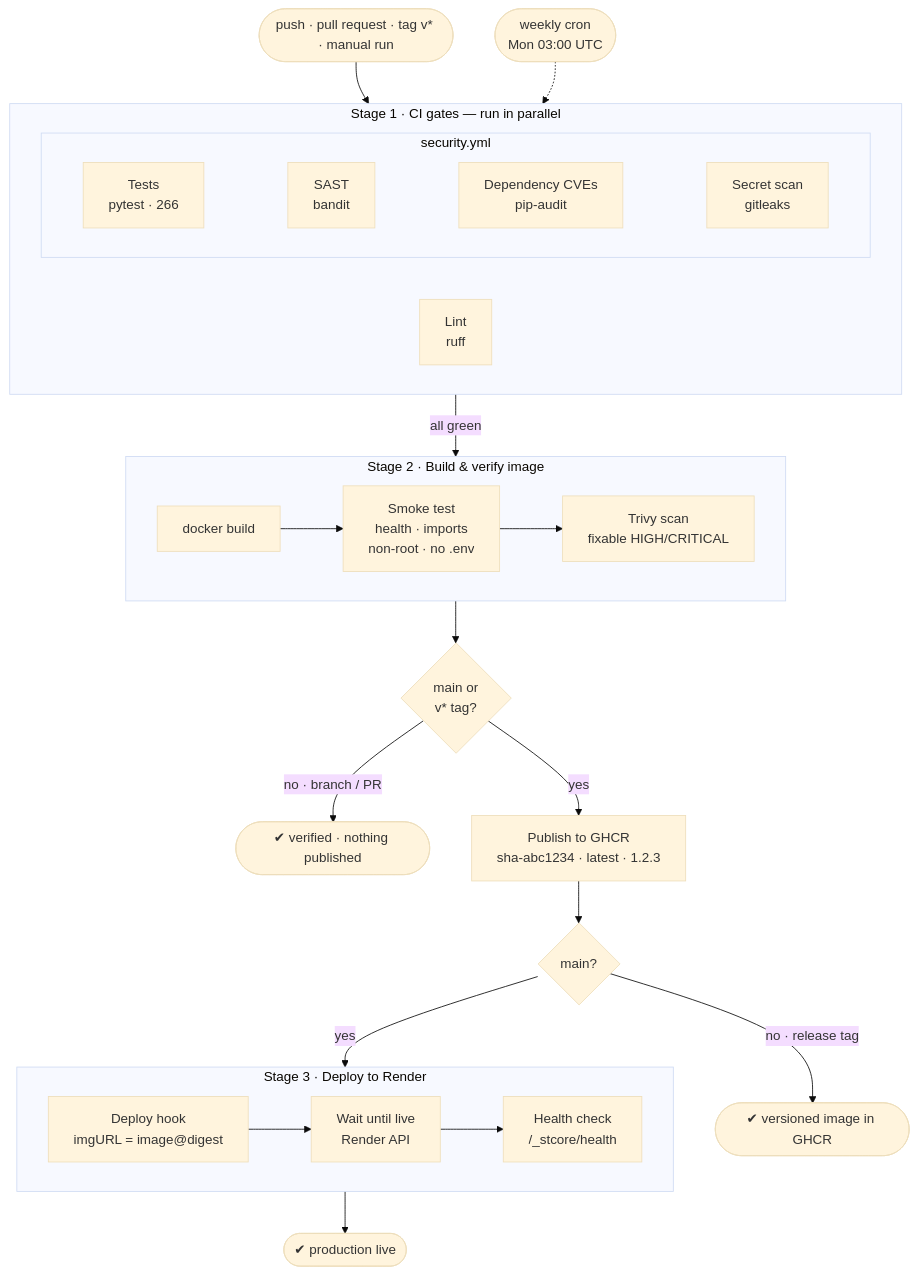
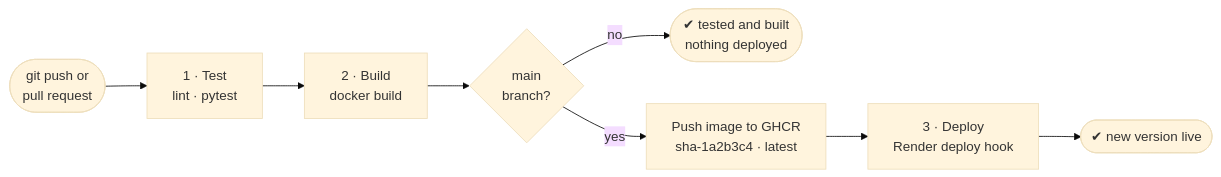
The diagram in docs/CI_CD.md (rocko131205/PBL-2), drawn with Mermaid (base theme) before and after one commit. The commit also changed other lines of this file and 5 other files, not shown here.

First line of the commit message:
ci: simplify the CI/CD pipeline to test → build → deploy

````diff
--- a/docs/CI_CD.md
+++ b/docs/CI_CD.md
@@ -18,39 +18,10 @@
 ```mermaid
-flowchart TD
-    TRIG(["push · pull request · tag v* · manual run"])
-    CRON(["weekly cron<br/>Mon 03:00 UTC"])
-
-    subgraph S1["Stage 1 · CI gates — run in parallel"]
-        direction LR
-        LINT["Lint<br/>ruff"]
-        subgraph SEC["security.yml"]
-            direction LR
-            TEST["Tests<br/>pytest · 266"]
-            SAST["SAST<br/>bandit"]
-            SCA["Dependency CVEs<br/>pip-audit"]
-            LEAK["Secret scan<br/>gitleaks"]
-            TEST ~~~ SAST ~~~ SCA ~~~ LEAK
-        end
-    end
-
-    subgraph S2["Stage 2 · Build & verify image"]
-        direction LR
-        BUILD["docker build"] --> SMOKE["Smoke test<br/>health · imports<br/>non-root · no .env"] --> SCAN["Trivy scan<br/>fixable HIGH/CRITICAL"]
-    end
-
-    subgraph S3["Stage 3 · Deploy to Render"]
-        direction LR
-        HOOK["Deploy hook<br/>imgURL = image@digest"] --> LIVE["Wait until live<br/>Render API"] --> HEALTH["Health check<br/>/_stcore/health"]
-    end
-
-    TRIG --> S1
-    CRON -.-> SEC
-    S1 -- all green --> S2
-    S2 --> PUB{"main or<br/>v* tag?"}
-    PUB -- "no · branch / PR" --> DONE1(["✔ verified · nothing published"])
-    PUB -- yes --> PUSH["Publish to GHCR<br/>sha-abc1234 · latest · 1.2.3"]
-    PUSH --> MAIN{"main?"}
-    MAIN -- "no · release tag" --> DONE2(["✔ versioned image in GHCR"])
-    MAIN -- yes --> S3
-    S3 --> PROD(["✔ production live"])
+flowchart LR
+    PUSH(["git push or<br/>pull request"]) --> TEST["1 · Test<br/>lint · pytest"]
+    TEST --> BUILD["2 · Build<br/>docker build"]
+    BUILD --> MAIN{"main<br/>branch?"}
+    MAIN -- no --> DONE(["✔ tested and built<br/>nothing deployed"])
+    MAIN -- yes --> GHCR["Push image to GHCR<br/>sha-1a2b3c4 · latest"]
+    GHCR --> DEPLOY["3 · Deploy<br/>Render deploy hook"]
+    DEPLOY --> LIVE(["✔ new version live"])
 ```
````
